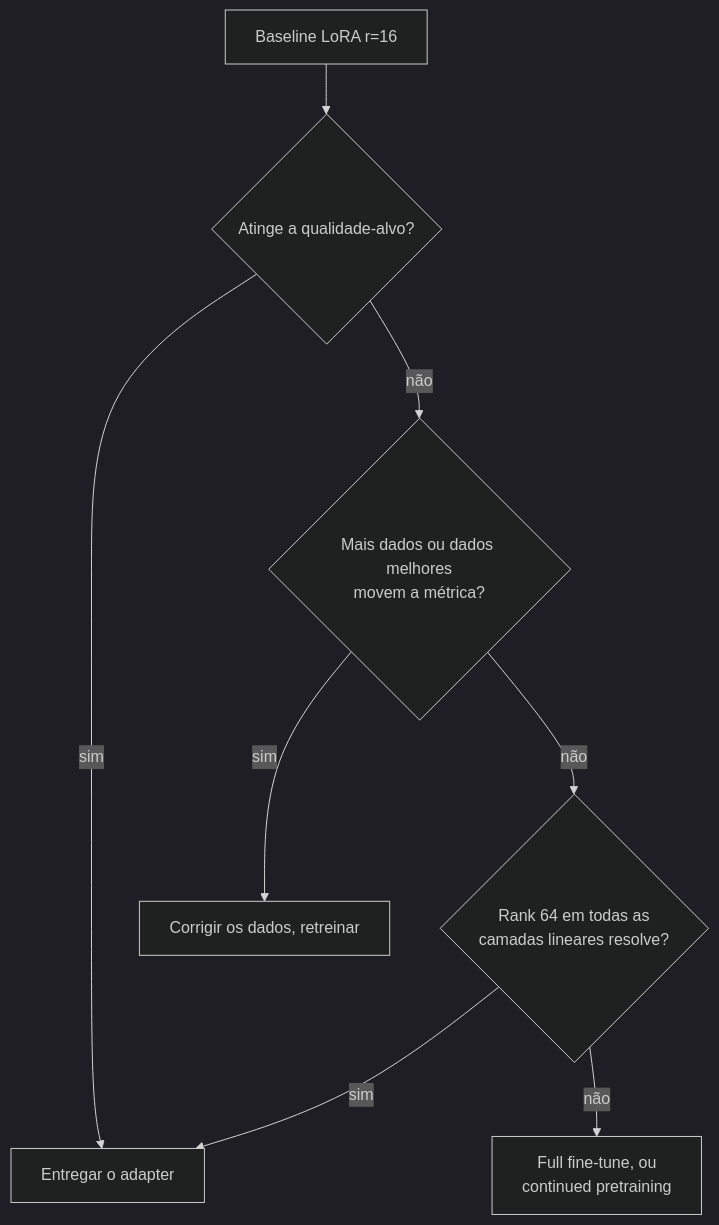
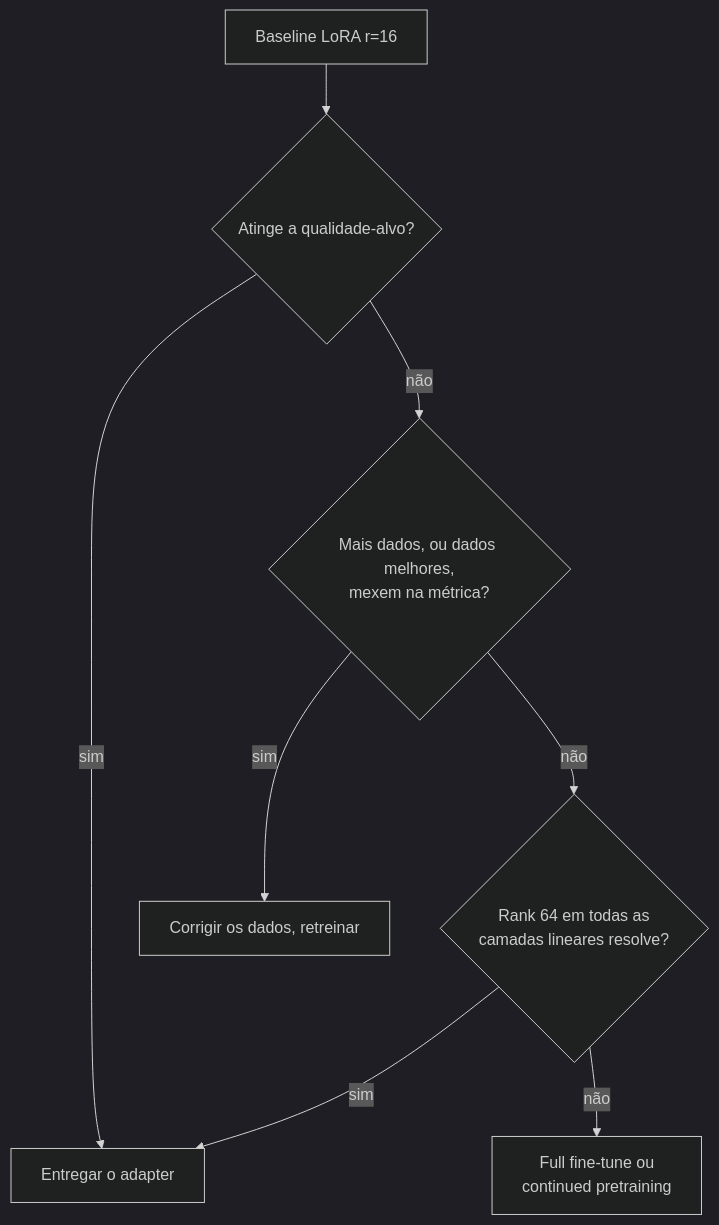
One commit to andrevberaldo/AI-Engineer-Interview-Questions changed the third of 29 diagrams in 05-fine-tuning-and-alignment/questions.pt-BR.md. Above: the diagram before and after it, drawn with Mermaid (dark theme). The commit also changed other lines of this file and 1 other file, not shown here.

````diff
--- a/05-fine-tuning-and-alignment/questions.pt-BR.md
+++ b/05-fine-tuning-and-alignment/questions.pt-BR.md
@@ -161,10 +161,10 @@
 ```mermaid
 flowchart TD
     A["Baseline LoRA r=16"] --> B{"Atinge a qualidade-alvo?"}
     B -->|"sim"| C["Entregar o adapter"]
-    B -->|"não"| D{"Mais dados ou dados melhores<br/>movem a métrica?"}
+    B -->|"não"| D{"Mais dados, ou dados melhores,<br/>mexem na métrica?"}
     D -->|"sim"| E["Corrigir os dados, retreinar"]
     D -->|"não"| F{"Rank 64 em todas as<br/>camadas lineares resolve?"}
     F -->|"sim"| C
-    F -->|"não"| G["Full fine-tune, ou<br/>continued pretraining"]
+    F -->|"não"| G["Full fine-tune ou<br/>continued pretraining"]
 ```
````
